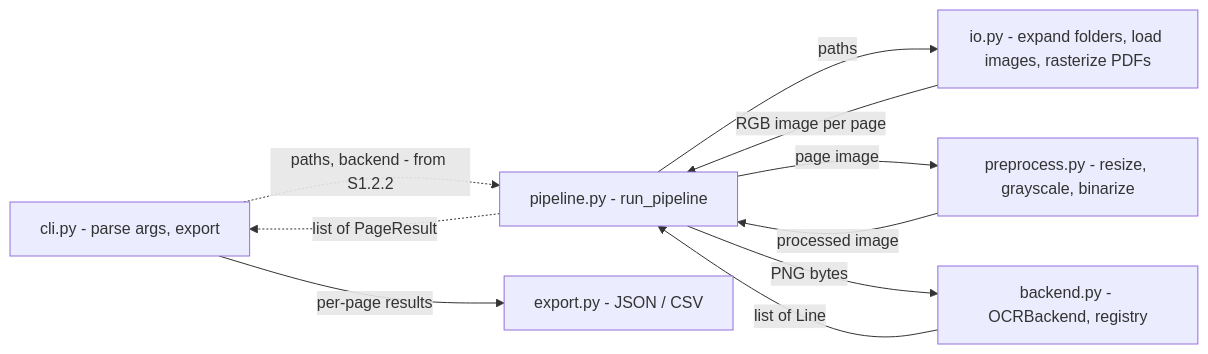
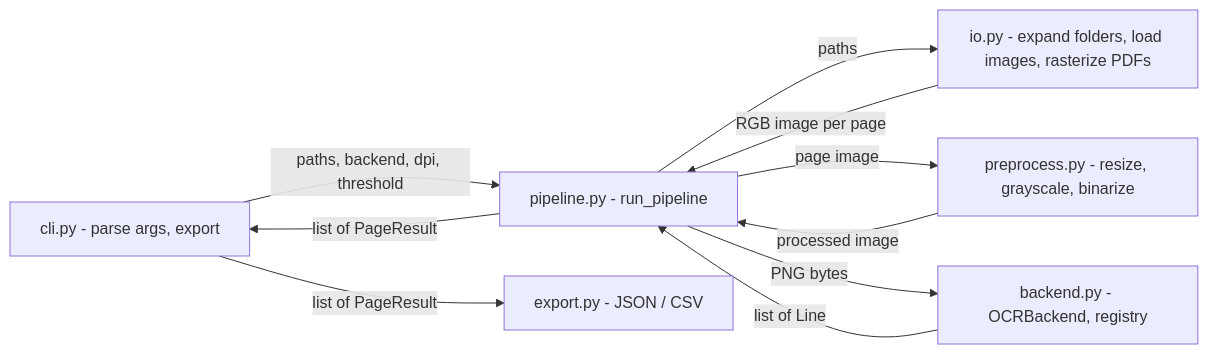
The second of 2 diagrams in docs/02-architecture.md (flegaspi700/ocr-pipeline), drawn with Mermaid before and after one commit. The commit also changed other lines of this file and 10 other files, not shown here.

````diff
--- a/docs/02-architecture.md
+++ b/docs/02-architecture.md
@@ -57,19 +57,19 @@
 ```mermaid
 flowchart LR
     cli["cli.py - parse args, export"]
     pipe["pipeline.py - run_pipeline"]
     io["io.py - expand folders, load images, rasterize PDFs"]
     pre["preprocess.py - resize, grayscale, binarize"]
     be["backend.py - OCRBackend, registry"]
     ex["export.py - JSON / CSV"]
 
-    cli -. "paths, backend - from S1.2.2" .-> pipe
+    cli -- "paths, backend, dpi, threshold" --> pipe
     pipe -- "paths" --> io
     io -- "RGB image per page" --> pipe
     pipe -- "page image" --> pre
     pre -- "processed image" --> pipe
     pipe -- "PNG bytes" --> be
     be -- "list of Line" --> pipe
-    pipe -. "list of PageResult" .-> cli
-    cli -- "per-page results" --> ex
+    pipe -- "list of PageResult" --> cli
+    cli -- "list of PageResult" --> ex
 ```
````
